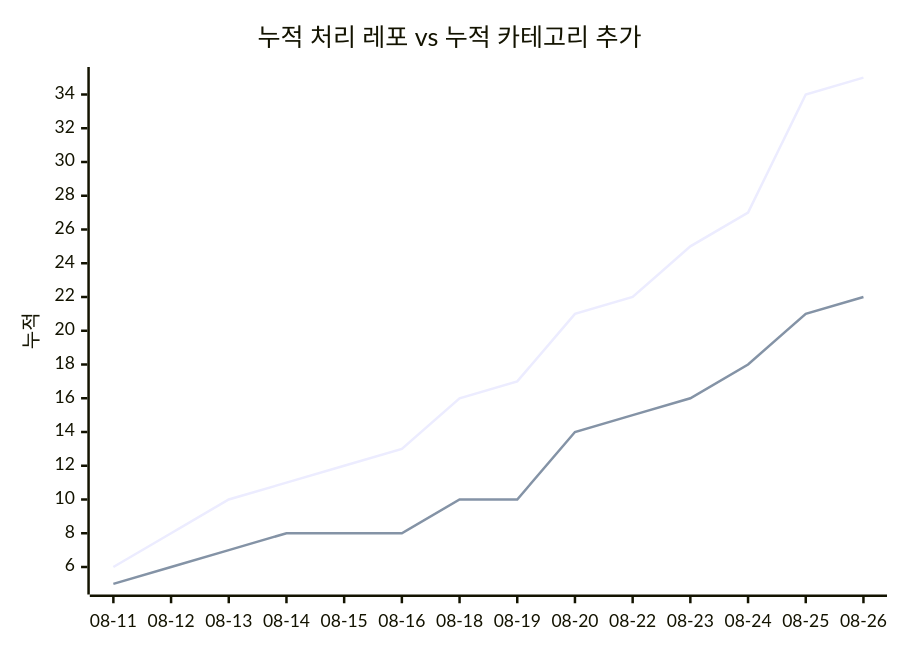
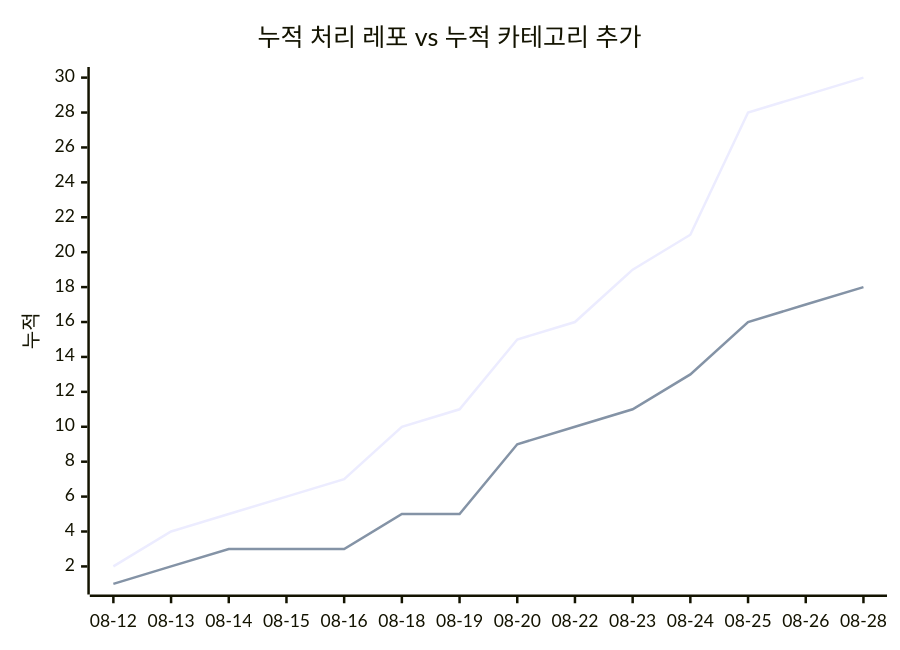
Before and after one commit to J-nowcow/awesome-korean-agent-skills: the second of 2 diagrams in docs/trends.md, drawn with Mermaid. The commit also changed other lines of this file and 28 other files, not shown here.

````diff
--- a/docs/trends.md
+++ b/docs/trends.md
@@ -68,8 +68,8 @@
 ```mermaid
 xychart-beta
     title "누적 처리 레포 vs 누적 카테고리 추가"
-    x-axis ["08-11","08-12","08-13","08-14","08-15","08-16","08-18","08-19","08-20","08-22","08-23","08-24","08-25","08-26"]
+    x-axis ["08-12","08-13","08-14","08-15","08-16","08-18","08-19","08-20","08-22","08-23","08-24","08-25","08-26","08-28"]
     y-axis "누적"
-    line [6,8,10,11,12,13,16,17,21,22,25,27,34,35]
-    line [5,6,7,8,8,8,10,10,14,15,16,18,21,22]
+    line [2,4,5,6,7,10,11,15,16,19,21,28,29,30]
+    line [1,2,3,3,3,5,5,9,10,11,13,16,17,18]
 ```
````
